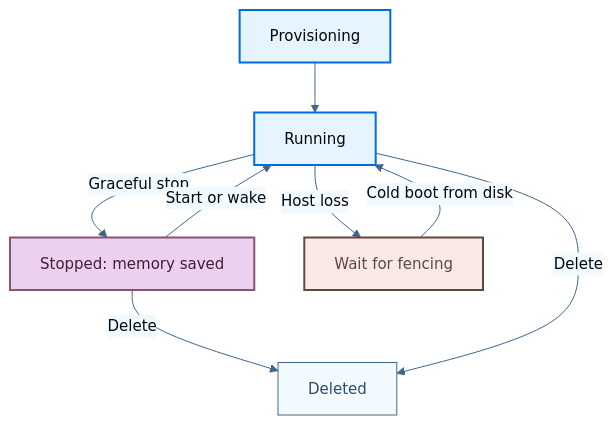
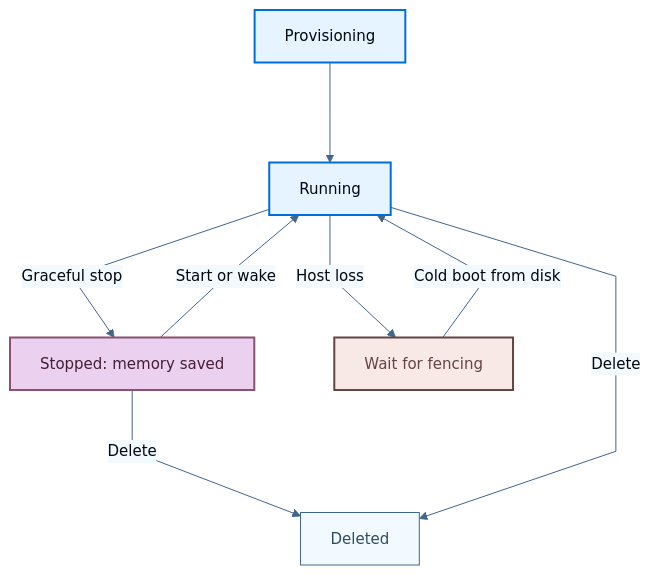
The second of 2 diagrams in src/langsmith/self-host-sandbox-architecture.mdx (langchain-ai/docs), drawn with Mermaid before and after one commit.

Commit message:
docs(sandboxes): separate lifecycle transition labels
Increase flowchart spacing and use linear edge routing so stop and resume
labels remain readable without changing the lifecycle or brand styling.

Generated with [Devin](https://devin.ai)

````diff
--- a/src/langsmith/self-host-sandbox-architecture.mdx
+++ b/src/langsmith/self-host-sandbox-architecture.mdx
@@ -122,21 +122,21 @@
 ```mermaid
-%%{init: {'theme': 'base', 'themeVariables': {'fontFamily': 'TWK Lausanne, Inter', 'fontSize': '15px', 'lineColor': '#40668D', 'primaryTextColor': '#030710', 'textColor': '#030710', 'edgeLabelBackground': '#F2FAFF'}}}%%
+%%{init: {'theme': 'base', 'themeVariables': {'fontFamily': 'TWK Lausanne, Inter', 'fontSize': '15px', 'lineColor': '#40668D', 'primaryTextColor': '#030710', 'textColor': '#030710', 'edgeLabelBackground': '#F2FAFF'}, 'flowchart': {'nodeSpacing': 80, 'rankSpacing': 100, 'curve': 'linear'}}}%%
 flowchart TB
     accTitle: Persistent sandbox lifecycle
     accDescr: Provisioning leads to running. A graceful stop saves memory and moves to stopped. A later start or wake restores on a compatible host. Host loss instead requires fencing and a cold boot from persisted disk, without the previous running memory.
     P[Provisioning] --> R[Running]
     R -->|Graceful stop| S[Stopped: memory saved]
     S -->|Start or wake| R
     R -->|Host loss| F[Wait for fencing]
     F -->|Cold boot from disk| R
     S -->|Delete| D[Deleted]
     R -->|Delete| D
     classDef process fill:#E5F4FF,stroke:#006DDD,stroke-width:2px,color:#030710
     classDef output fill:#EBD0F0,stroke:#885270,stroke-width:2px,color:#441E33
     classDef alert fill:#F8E8E6,stroke:#634643,stroke-width:2px,color:#634643
     classDef neutral fill:#F2FAFF,stroke:#40668D,stroke-width:1px,color:#2F4B68
     class P,R process
     class S output
     class F alert
     class D neutral
 ```
````
